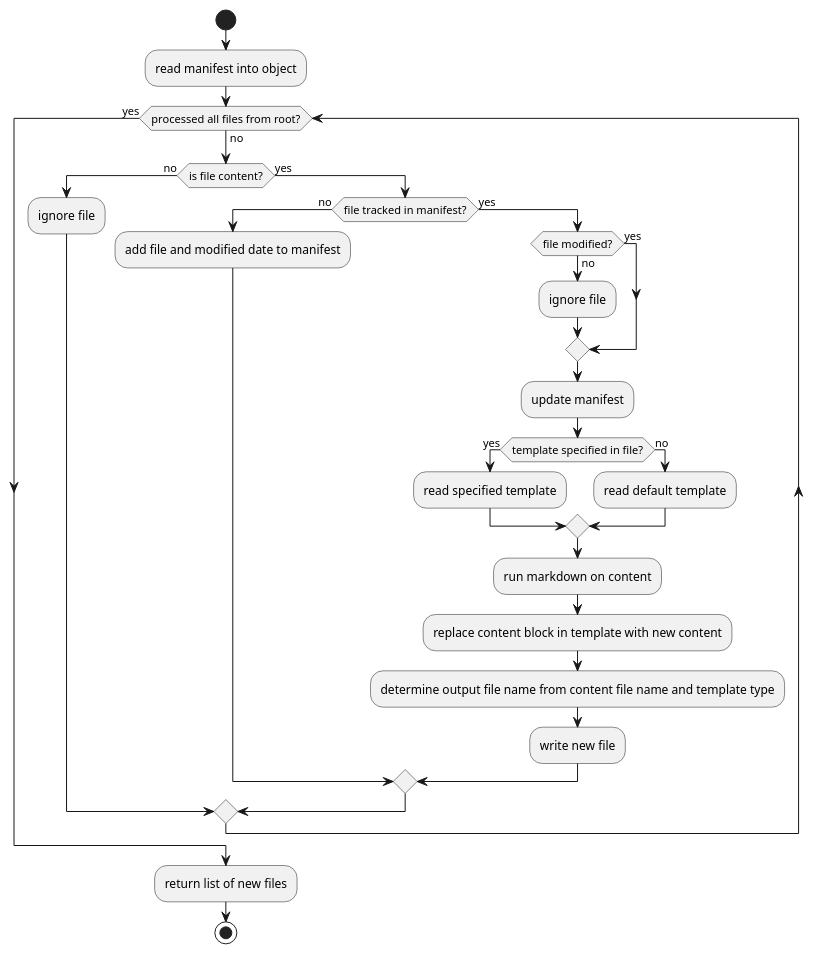
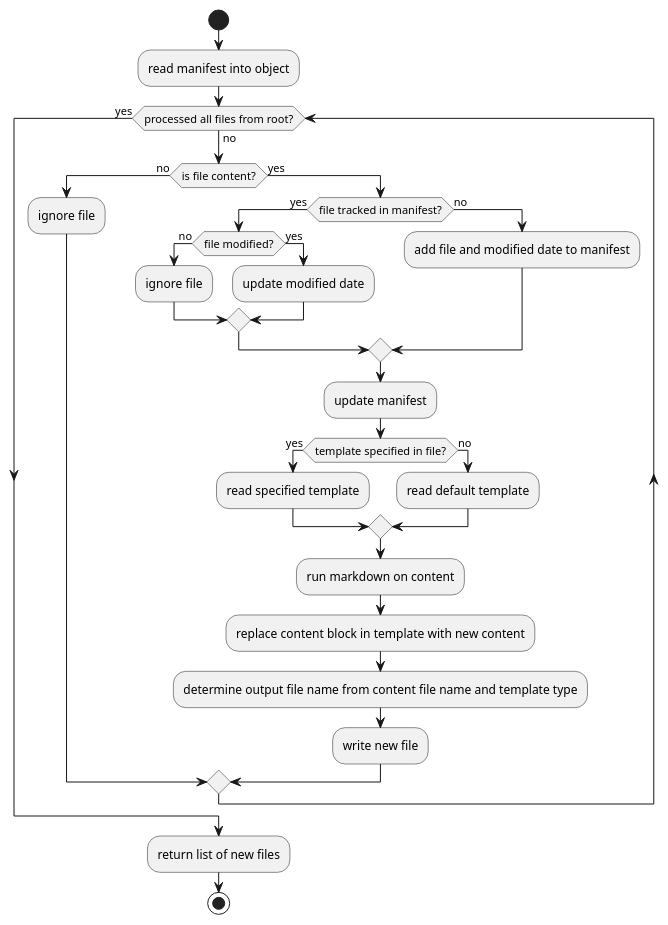
One commit to nathonius/parmesan changed the diagram in .parm/documentation/Activity.wsd. Above: the diagram before and after it, drawn with PlantUML. The commit also changed 2 other files, not shown here.

Commit message:
Removing extraneous flowchart and logs folder.

```diff
--- a/.parm/documentation/Activity.wsd
+++ b/.parm/documentation/Activity.wsd
@@ -2,30 +2,31 @@
 @startuml
 start
 :read manifest into object;
 while (processed all files from root?) is (no)
-	if (is file content?) then (no)
-		:ignore file;
-	else (yes)
-		if (file tracked in manifest?) then (no)
-			:add file and modified date to manifest;
-		else (yes)
-			if (file modified?) then (no)
-				:ignore file;
-			else (yes)
-			endif
-				:update manifest;
-				if (template specified in file?) then (yes)
-					:read specified template;
-				else (no)
-					:read default template;
-				endif
-				:run markdown on content;
-				:replace content block in template with new content;
-				:determine output file name from content file name and template type;
-				:write new file;
-		endif
-	endif
+  if (is file content?) then (no)
+    :ignore file;
+  else (yes)
+    if (file tracked in manifest?) then (yes)
+      if (file modified?) then (no)
+        :ignore file;
+      else (yes)
+        :update modified date;
+      endif
+    else (no)
+      :add file and modified date to manifest;
+    endif
+        :update manifest;
+        if (template specified in file?) then (yes)
+          :read specified template;
+        else (no)
+          :read default template;
+        endif
+        :run markdown on content;
+        :replace content block in template with new content;
+        :determine output file name from content file name and template type;
+        :write new file;
+    endif
 endwhile (yes)
 :return list of new files;
 stop
 @enduml
```
